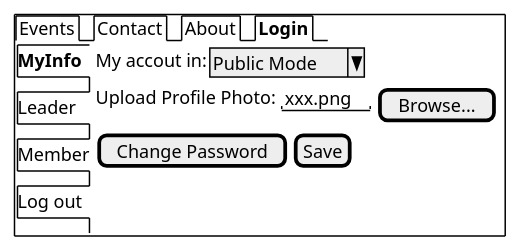
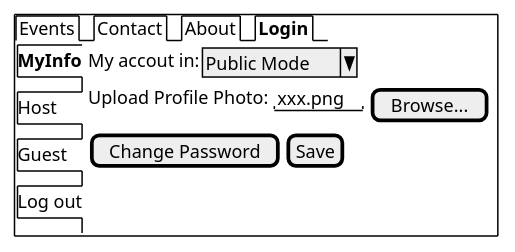
One commit to xiongchenyu6/web_design changed the sixth of 7 diagrams in StoryBoard/story.org. Above: the diagram before and after it, drawn with PlantUML. The commit also changed other lines of this file and 45 other files, not shown here.

```diff
--- a/StoryBoard/story.org
+++ b/StoryBoard/story.org
@@ -63,17 +98,17 @@
 #+BEGIN_SRC plantuml :exports both :file management.png
 salt
 {+
 {/ Events | Contact | About | <b>Login }
 {
 {/ <b>MyInfo
-Leader
-Member
+Host
+Guest
 Log out } |
 {
 	{ My accout in: | ^Public Mode^ }
   {Upload Profile Photo:  { "xxx.png" | [Browse...] }}
 	{[Change Password]  |	[Save]}
 }
 }
 }
 #+END_SRC
```
